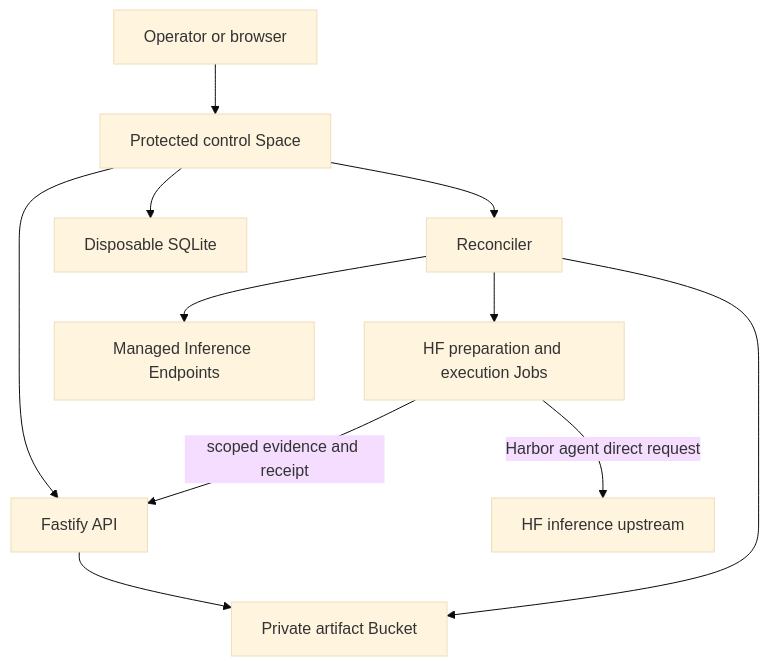
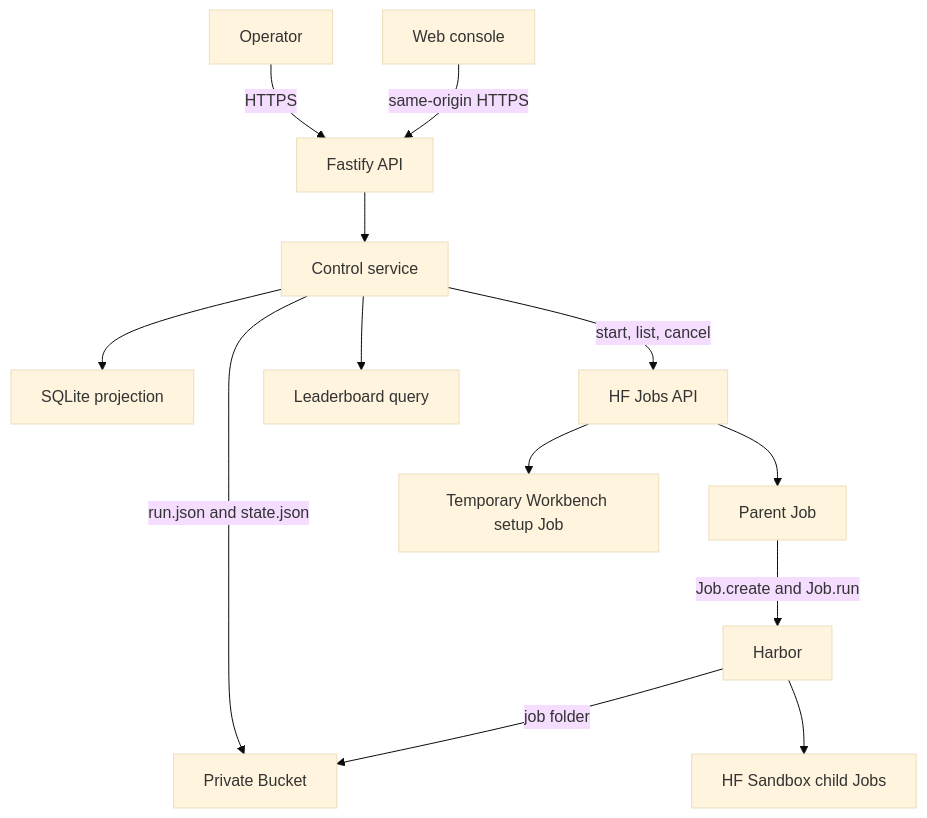
The diagram in docs/architecture.md (huggingface/harbor-hf), drawn with Mermaid (base theme) before and after one commit. The commit also changed other lines of this file and 539 other files, not shown here.

First line of the commit message:
feat: simplify execution around Harbor parent jobs (#177)

````diff
--- a/docs/architecture.md
+++ b/docs/architecture.md
@@ -18,13 +39,15 @@
 ```mermaid
-flowchart TB
-    U[Operator or browser] --> S[Protected control Space]
-    S --> API[Fastify API]
-    S --> R[Reconciler]
-    S --> DB[Disposable SQLite]
-    API --> B[Private artifact Bucket]
-    R --> B
-    R --> J[HF preparation and execution Jobs]
-    R --> E[Managed Inference Endpoints]
-    J -->|Harbor agent direct request| P[HF inference upstream]
-    J -->|scoped evidence and receipt| API
+flowchart TD
+    O[Operator] -->|HTTPS| API[Fastify API]
+    W[Web console] -->|same-origin HTTPS| API
+    API --> CS[Control service]
+    CS -->|run.json and state.json| B[Private Bucket]
+    CS --> DB[SQLite projection]
+    CS -->|start, list, cancel| HF[HF Jobs API]
+    HF --> P[Parent Job]
+    HF --> T[Temporary Workbench setup Job]
+    P -->|Job.create and Job.run| H[Harbor]
+    H --> C[HF Sandbox child Jobs]
+    H -->|job folder| B
+    CS --> L[Leaderboard query]
 ```
````
